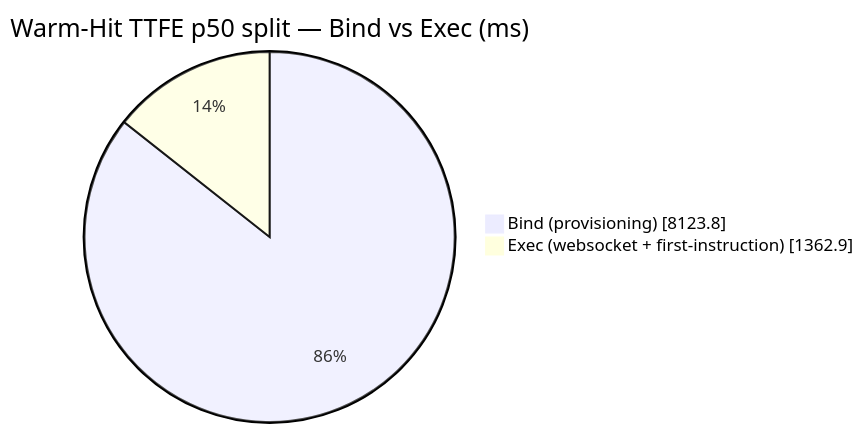
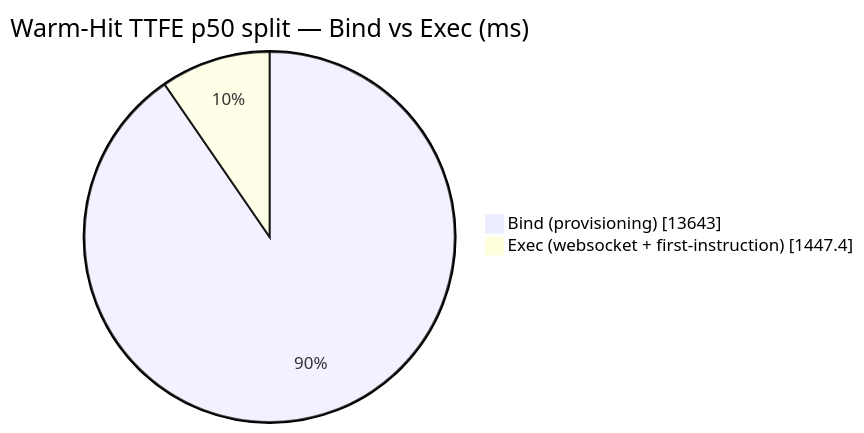
One commit to AlexBulankou/honest-bench changed the diagram in DETAILS.md. Above: the diagram before and after it, drawn with Mermaid. The commit also changed other lines of this file and 4 other files, not shown here.

````diff
--- a/DETAILS.md
+++ b/DETAILS.md
@@ -95,6 +96,6 @@
 ```mermaid
 pie showData
     title Warm-Hit TTFE p50 split — Bind vs Exec (ms)
-    "Bind (provisioning)" : 8123.8
-    "Exec (websocket + first-instruction)" : 1362.9
+    "Bind (provisioning)" : 13643.0
+    "Exec (websocket + first-instruction)" : 1447.4
 ```
````
